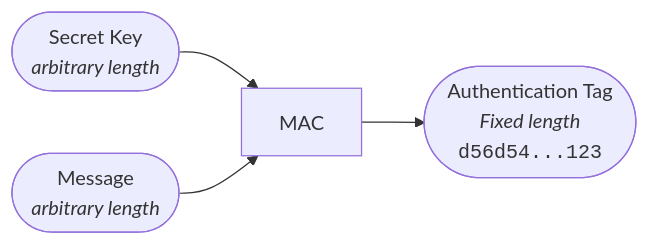
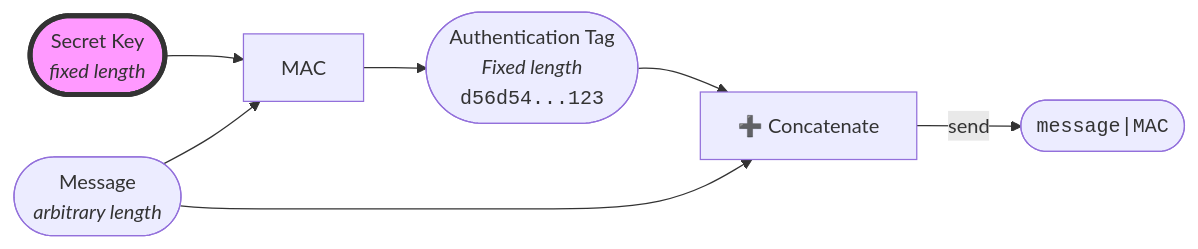
Before and after one commit to sripwoud/cryptography: the first of 3 diagrams in docs/primitives/mac/intro.md, drawn with Mermaid. The commit also changed other lines of this file and 6 other files, not shown here.

````diff
--- a/docs/primitives/mac/intro.md
+++ b/docs/primitives/mac/intro.md
@@ -10,7 +10,12 @@
 ```mermaid
 graph LR
 
-A([Secret Key <br><em>arbitrary length</em>]) -->C[MAC]
+A([Secret Key <br><em>fixed length</em>]) -->C[MAC]
 B([Message <br><em>arbitrary length</em>]) -->C[MAC]
 C --> F([Authentication Tag<br><em>Fixed length</em><br> <code>d56d54...123</code>])
+B --> concat["➕ Concatenate"]
+F --> concat
+concat --> |send|message(["<code>message|MAC</code>"])
+
+style A fill:#f9f,stroke:#333,stroke-width:4px
 ```
````
